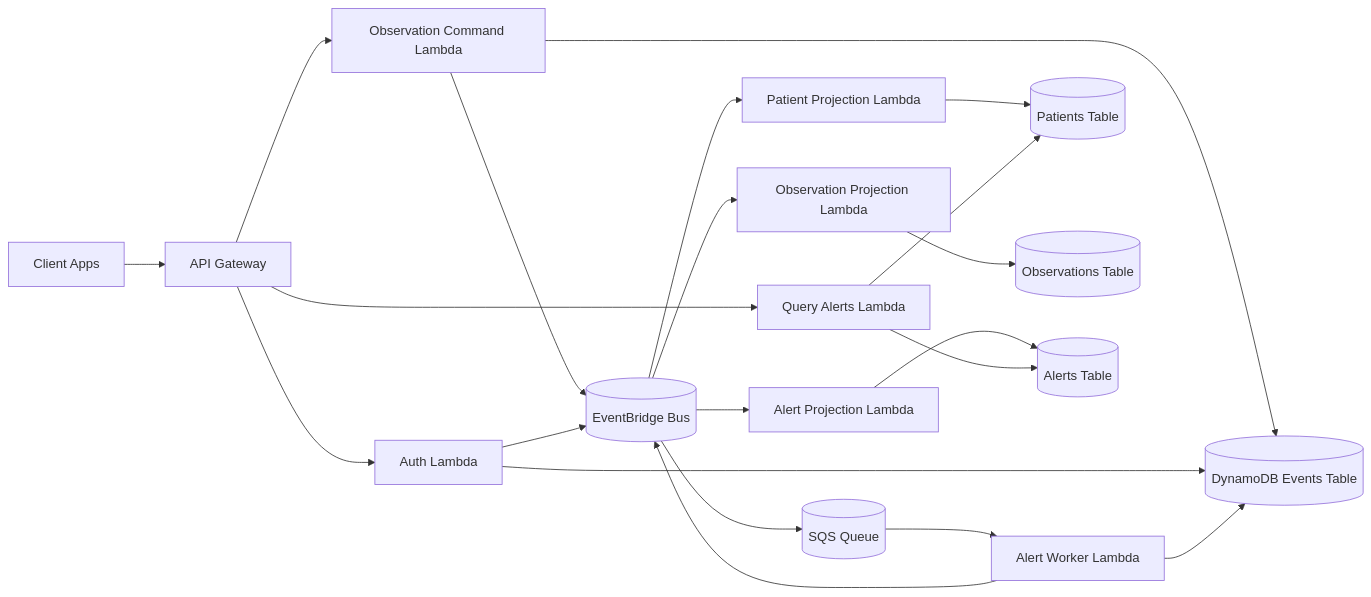
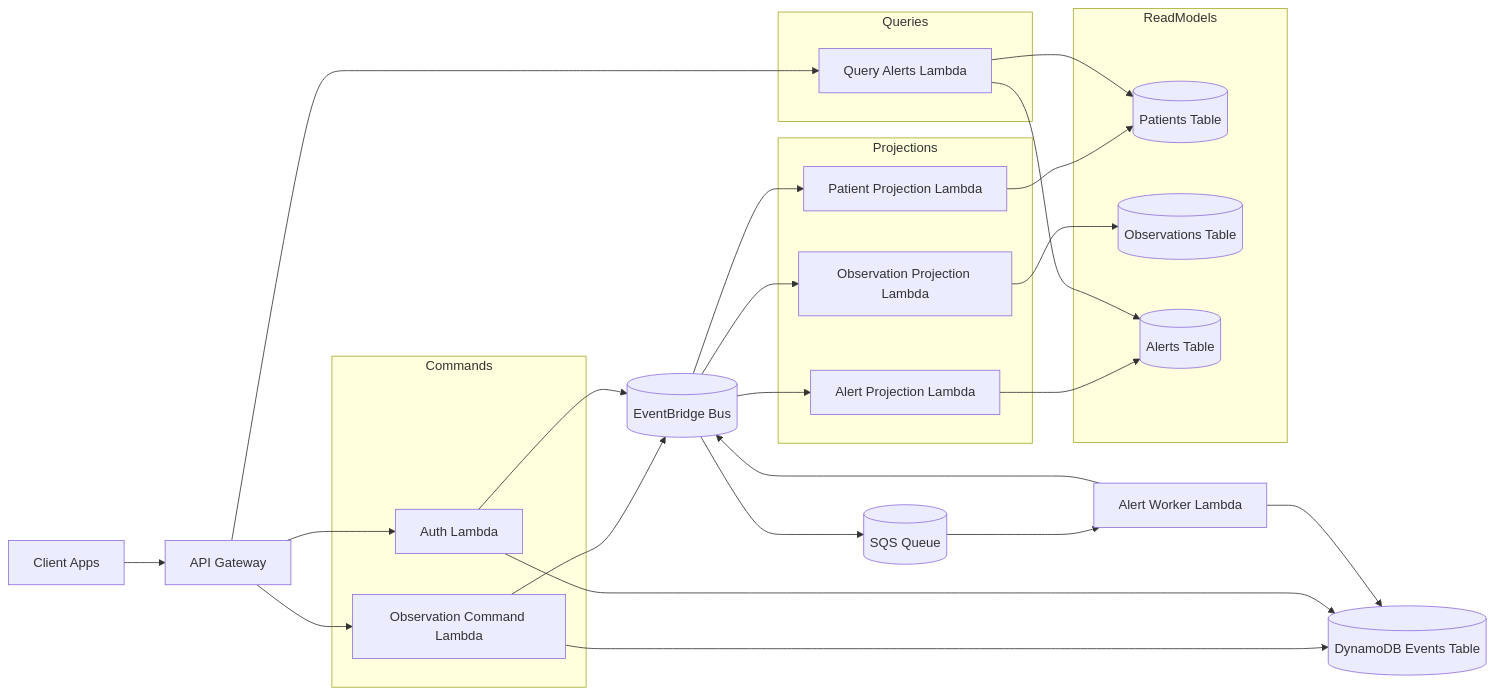
Before and after one commit to espero451/healthflow-aws: the diagram in README.md, drawn with Mermaid. The commit also changed other lines of this file, not shown here.

````diff
--- a/README.md
+++ b/README.md
@@ -12,54 +12,62 @@
 ```mermaid
 flowchart LR
 
 Client[Client Apps]
-
 APIGateway[API Gateway]
 
-AuthLambda[Auth Lambda]
-ObservationCommand[Observation Command Lambda]
-QueryAlerts[Query Alerts Lambda]
+subgraph Commands
+  AuthLambda[Auth Lambda]
+  ObservationCommand[Observation Command Lambda]
+end
+
+subgraph Queries
+  QueryAlerts[Query Alerts Lambda]
+end
 
 EventStore[(DynamoDB Events Table)]
 EventBridge[(EventBridge Bus)]
 
-PatientProjection[Patient Projection Lambda]
-ObservationProjection[Observation Projection Lambda]
-AlertProjection[Alert Projection Lambda]
+subgraph Projections
+  PatientProjection[Patient Projection Lambda]
+  ObservationProjection[Observation Projection Lambda]
+  AlertProjection[Alert Projection Lambda]
+end
 
 SQSQueue[(SQS Queue)]
 AlertWorker[Alert Worker Lambda]
 
-Patients[(Patients Table)]
-Observations[(Observations Table)]
-Alerts[(Alerts Table)]
+subgraph ReadModels
+  Patients[(Patients Table)]
+  Observations[(Observations Table)]
+  Alerts[(Alerts Table)]
+end
 
 Client --> APIGateway
 
 APIGateway --> AuthLambda
 APIGateway --> ObservationCommand
 APIGateway --> QueryAlerts
 
 ObservationCommand --> EventStore
 ObservationCommand --> EventBridge
 
 AuthLambda --> EventStore
 AuthLambda --> EventBridge
 
 EventBridge --> PatientProjection
 EventBridge --> ObservationProjection
 EventBridge --> SQSQueue
 EventBridge --> AlertProjection
 
 SQSQueue --> AlertWorker
 
 AlertWorker --> EventStore
 AlertWorker --> EventBridge
 
 PatientProjection --> Patients
 ObservationProjection --> Observations
 AlertProjection --> Alerts
 
 QueryAlerts --> Alerts
 QueryAlerts --> Patients
 ```
````
